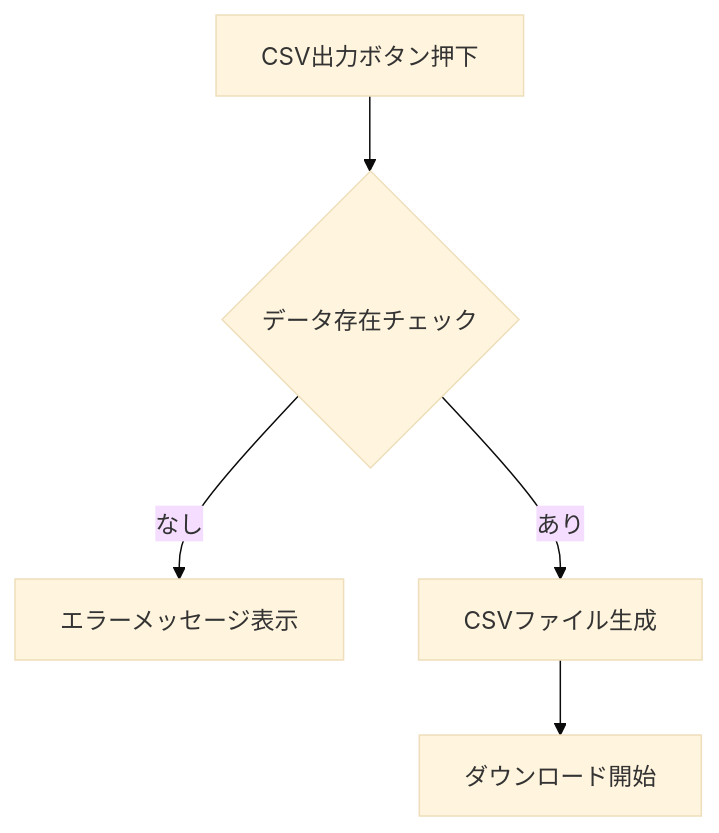
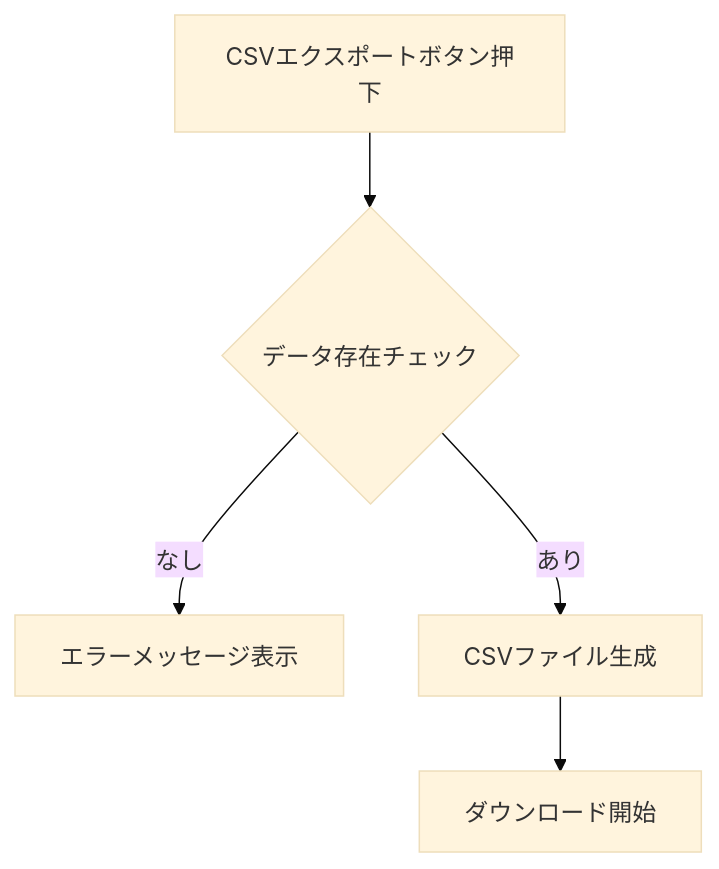
The third of 4 diagrams in docs/03-features/flask-app/dashboard-grid/workflow-specification.md (NSW-SVCP-AIWG002/Databricks-IoT), drawn with Mermaid (base theme) before and after one commit. The commit also changed other lines of this file and 2 other files, not shown here.

````diff
--- a/docs/03-features/flask-app/dashboard-grid/workflow-specification.md
+++ b/docs/03-features/flask-app/dashboard-grid/workflow-specification.md
@@ -189,7 +189,7 @@
 ```mermaid
 flowchart TD
-    A[CSV出力ボタン押下] --> B{データ存在チェック}
+    A[CSVエクスポートボタン押下] --> B{データ存在チェック}
     B -->|なし| C[エラーメッセージ表示]
     B -->|あり| D[CSVファイル生成]
     D --> E[ダウンロード開始]
 ```
````
